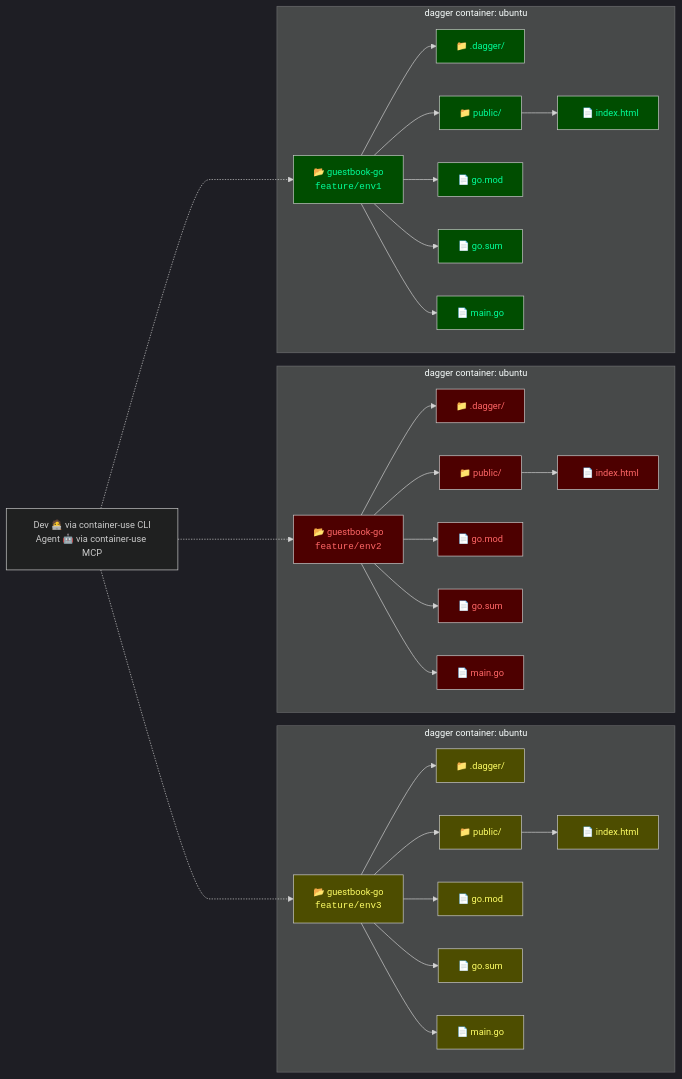
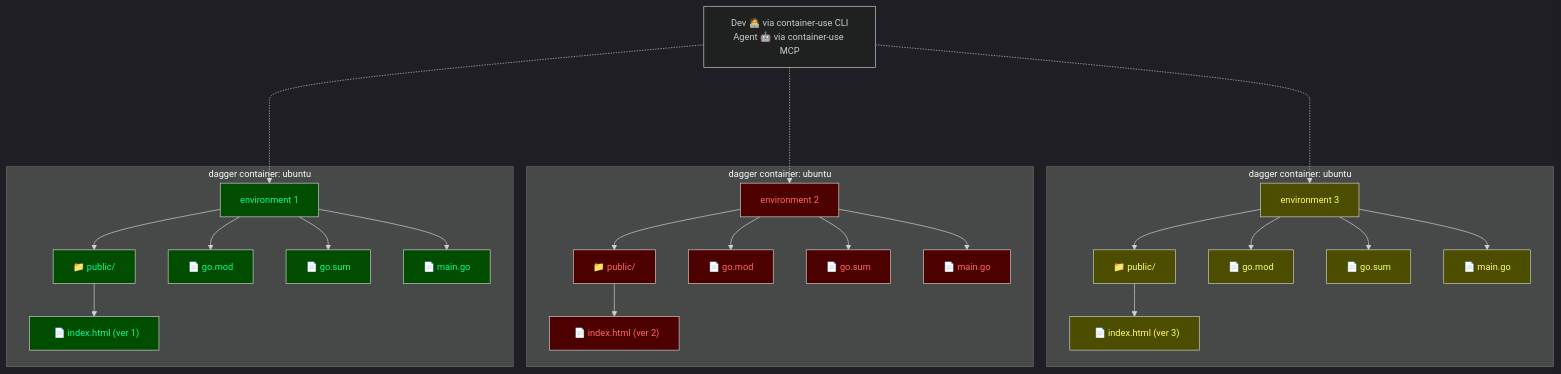
Before and after one commit to jpadams/cu-mermaid: the second of 2 diagrams in README.md, drawn with Mermaid. The commit also changed other lines of this file, not shown here.

````diff
--- a/README.md
+++ b/README.md
@@ -46,81 +46,75 @@
 ```mermaid
 %%{ init {
   "theme": "dark",
   "themeVariables": {
     "primaryColor": "#21262d",
     "edgeLabelBackground":"#1e1e1e",
     "fontSize": "14px"
   }
 } }%%
 
-graph LR
+graph TD
 
 agent["Dev 🧑‍💻 via container-use CLI<br/>Agent 🤖 via container-use MCP"]
 
 %% Container 3
     subgraph Container 3 [dagger container: ubuntu]
-      rev3["📂 guestbook-go<br/><code>feature/env3</code>"]
-      rev3a["📁 .dagger/"]
+      rev3["environment 3"]
       rev3b["📁 public/"]
-      rev3bb["&nbsp;&nbsp;📄 index.html"]
+      rev3bb["&nbsp;&nbsp;📄 index.html (ver 3)"]
       rev3c["📄 go.mod"]
       rev3d["📄 go.sum"]
       rev3e["📄 main.go"]
 
-      rev3 --> rev3a
       rev3 --> rev3b
       rev3b --> rev3bb
       rev3 --> rev3c
       rev3 --> rev3d
       rev3 --> rev3e
     end
     
     %% Container 2
     subgraph Container 2 [dagger container: ubuntu]
-      rev2["📂 guestbook-go<br/><code>feature/env2</code>"]
-      rev2a["📁 .dagger/"]
+      rev2["environment 2"]
       rev2b["📁 public/"]
-      rev2bb["&nbsp;&nbsp;📄 index.html"]
+      rev2bb["&nbsp;&nbsp;📄 index.html (ver 2)"]
       rev2c["📄 go.mod"]
       rev2d["📄 go.sum"]
       rev2e["📄 main.go"]
 
-      rev2 --> rev2a
       rev2 --> rev2b
       rev2b --> rev2bb
       rev2 --> rev2c
       rev2 --> rev2d
       rev2 --> rev2e
     end
 
 %% Container 1
     subgraph Container 1 [dagger container: ubuntu]
-      rev1["📂 guestbook-go<br/><code>feature/env1</code>"]
-      rev1a["📁 .dagger/"]
+      rev1["environment 1"]
       rev1b["📁 public/"]
-      rev1bb["&nbsp;&nbsp;📄 index.html"]
+      rev1bb["&nbsp;&nbsp;📄 index.html (ver 1)"]
       rev1c["📄 go.mod"]
       rev1d["📄 go.sum"]
       rev1e["📄 main.go"]
 
-      rev1 --> rev1a
       rev1 --> rev1b
       rev1b --> rev1bb
       rev1 --> rev1c
       rev1 --> rev1d
       rev1 --> rev1e
     end
 
     agent -...-> rev1
     agent -...-> rev2
     agent -...-> rev3
 
     %% Coloring
     classDef green fill:#004d00,color:#00ff99;
     classDef red fill:#4d0000,color:#ff6666;
     classDef yellow fill:#4d4d00,color:#ffff66;
 
     class rev1,rev1a,rev1b,rev1bb,rev1c,rev1d,rev1e green;
     class rev2,rev2a,rev2b,rev2bb,rev2c,rev2d,rev2e red;
     class rev3,rev3a,rev3b,rev3bb,rev3c,rev3d,rev3e yellow;
 ```
````
